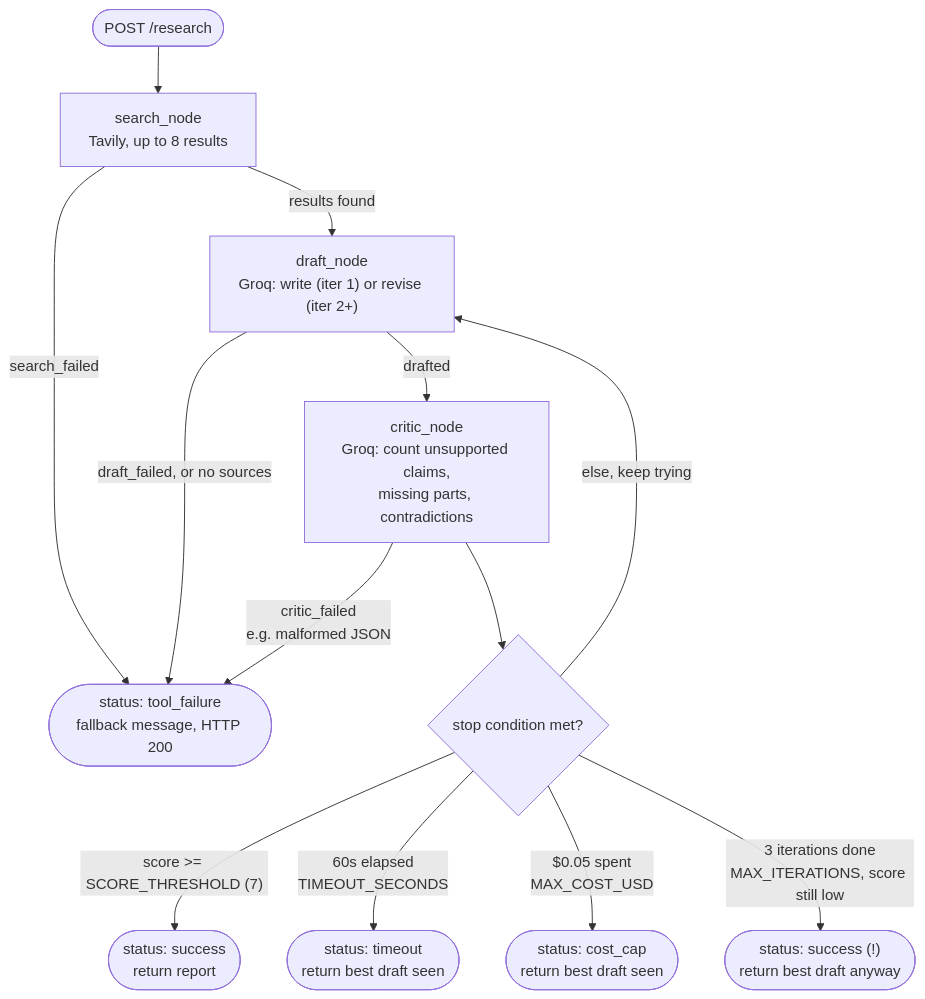
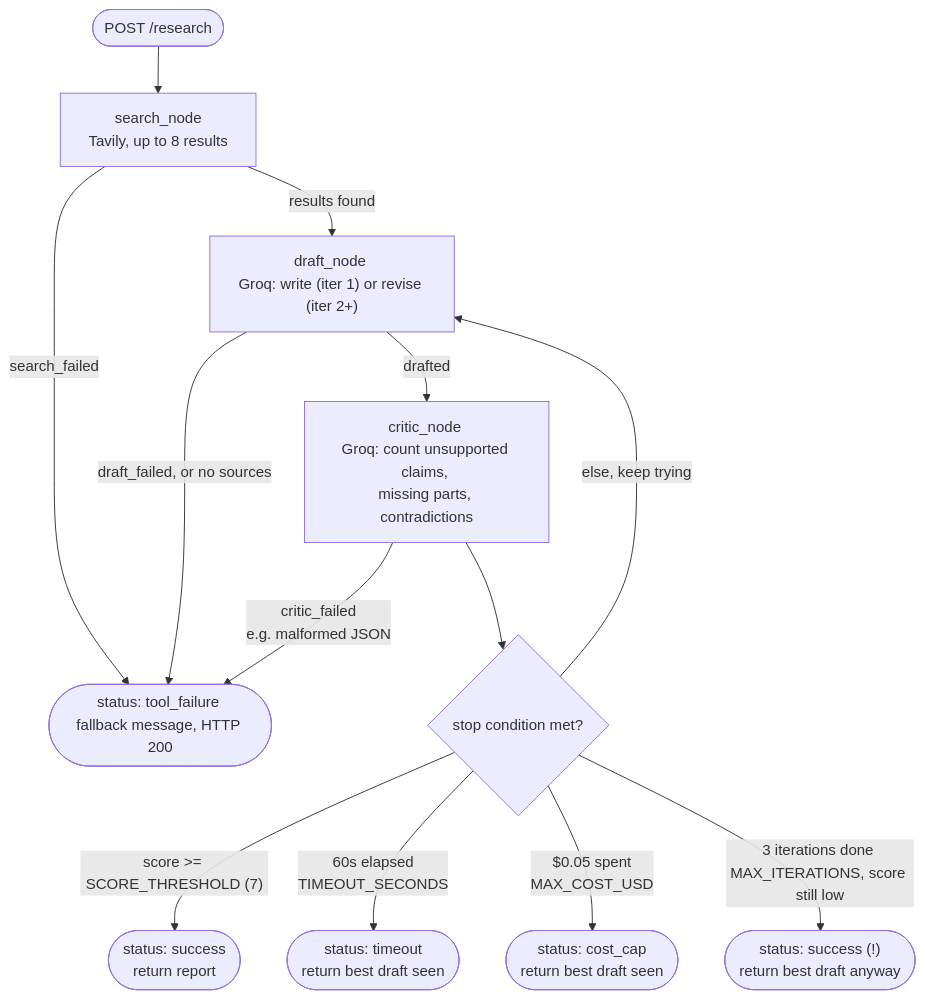
The diagram in README.md (Triyas27/research-agent-with-evaluation-loop), drawn with Mermaid before and after one commit.

Commit message:
Add spacing before <br/> in architecture diagram labels
Fixes tight/concatenated-looking text wrapping in the rendered Mermaid
diagram (e.g. "search_nodeTavily" reading as one word) - confirmed via
screenshot of the actual GitHub render.

````diff
--- a/README.md
+++ b/README.md
@@ -198,15 +198,15 @@
 ```mermaid
 flowchart TD
-    Start(["POST /research"]) --> Search["search_node<br/>Tavily, up to 8 results"]
-    Search -- "search_failed" --> ToolFail(["status: tool_failure<br/>fallback message, HTTP 200"])
-    Search -- "results found" --> Draft["draft_node<br/>Groq: write (iter 1) or revise (iter 2+)"]
+    Start(["POST /research"]) --> Search["search_node <br/>Tavily, up to 8 results"]
+    Search -- "search_failed" --> ToolFail(["status: tool_failure <br/>fallback message, HTTP 200"])
+    Search -- "results found" --> Draft["draft_node <br/>Groq: write (iter 1) or revise (iter 2+)"]
     Draft -- "draft_failed, or no sources" --> ToolFail
-    Draft -- "drafted" --> Critic["critic_node<br/>Groq: count unsupported claims,<br/>missing parts, contradictions"]
-    Critic -- "critic_failed<br/>e.g. malformed JSON" --> ToolFail
+    Draft -- "drafted" --> Critic["critic_node <br/>Groq: count unsupported claims, <br/>missing parts, contradictions"]
+    Critic -- "critic_failed <br/>e.g. malformed JSON" --> ToolFail
     Critic --> Decide{"stop condition met?"}
-    Decide -- "score >= SCORE_THRESHOLD (7)" --> Success(["status: success<br/>return report"])
-    Decide -- "60s elapsed<br/>TIMEOUT_SECONDS" --> Timeout(["status: timeout<br/>return best draft seen"])
-    Decide -- "$0.05 spent<br/>MAX_COST_USD" --> CostCap(["status: cost_cap<br/>return best draft seen"])
-    Decide -- "3 iterations done<br/>MAX_ITERATIONS, score still low" --> MaxIter(["status: success (!)<br/>return best draft anyway"])
+    Decide -- "score >= SCORE_THRESHOLD (7)" --> Success(["status: success <br/>return report"])
+    Decide -- "60s elapsed <br/>TIMEOUT_SECONDS" --> Timeout(["status: timeout <br/>return best draft seen"])
+    Decide -- "$0.05 spent <br/>MAX_COST_USD" --> CostCap(["status: cost_cap <br/>return best draft seen"])
+    Decide -- "3 iterations done <br/>MAX_ITERATIONS, score still low" --> MaxIter(["status: success (!) <br/>return best draft anyway"])
     Decide -- "else, keep trying" --> Draft
 ```
````
